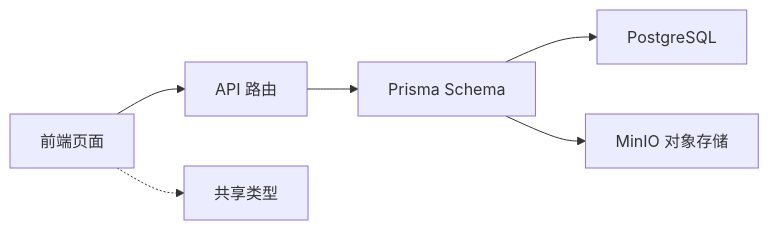
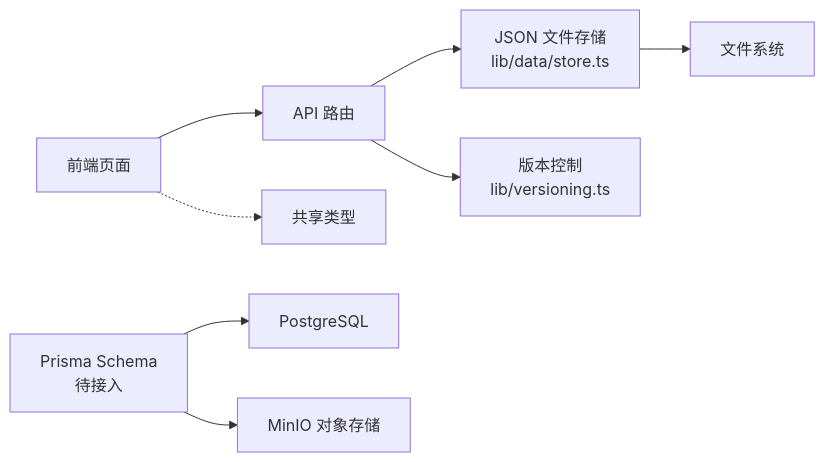
Before and after one commit to ai-guru-global/agent-up: the eighth of 8 diagrams in .qoder/repowiki/zh/content/核心概念/核心概念.md, drawn with Mermaid. The commit also changed other lines of this file and 169 other files, not shown here.

````diff
--- a/.qoder/repowiki/zh/content/核心概念/核心概念.md
+++ b/.qoder/repowiki/zh/content/核心概念/核心概念.md
@@ -386,8 +568,10 @@
 ```mermaid
 graph LR
 FE["前端页面"] --> API["API 路由"]
-API --> PRISMA["Prisma Schema"]
-PRISMA --> PG["PostgreSQL"]
+API --> STORE["JSON 文件存储<br/>lib/data/store.ts"]
+STORE --> FS["文件系统"]
+API --> VERSION["版本控制<br/>lib/versioning.ts"]
+PRISMA["Prisma Schema<br/>待接入"] --> PG["PostgreSQL"]
 PRISMA --> S3["MinIO 对象存储"]
 FE -.-> SHARED["共享类型"]
 ```
````
